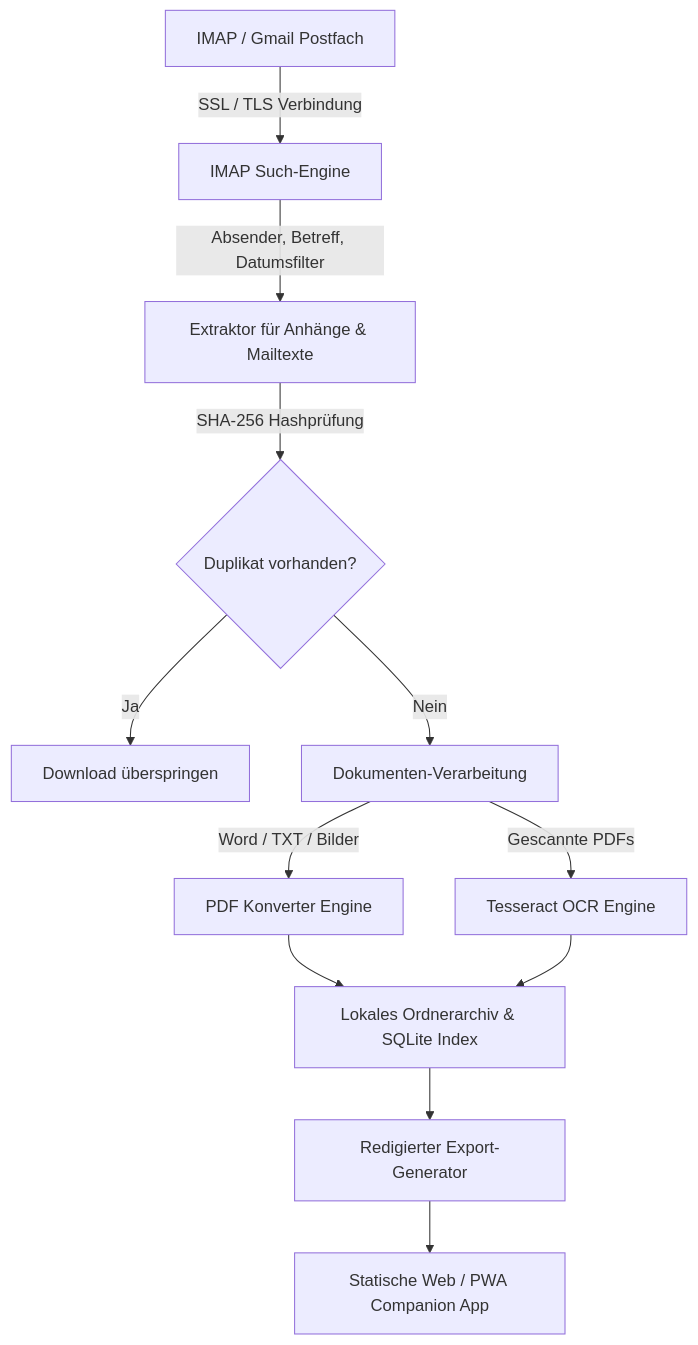
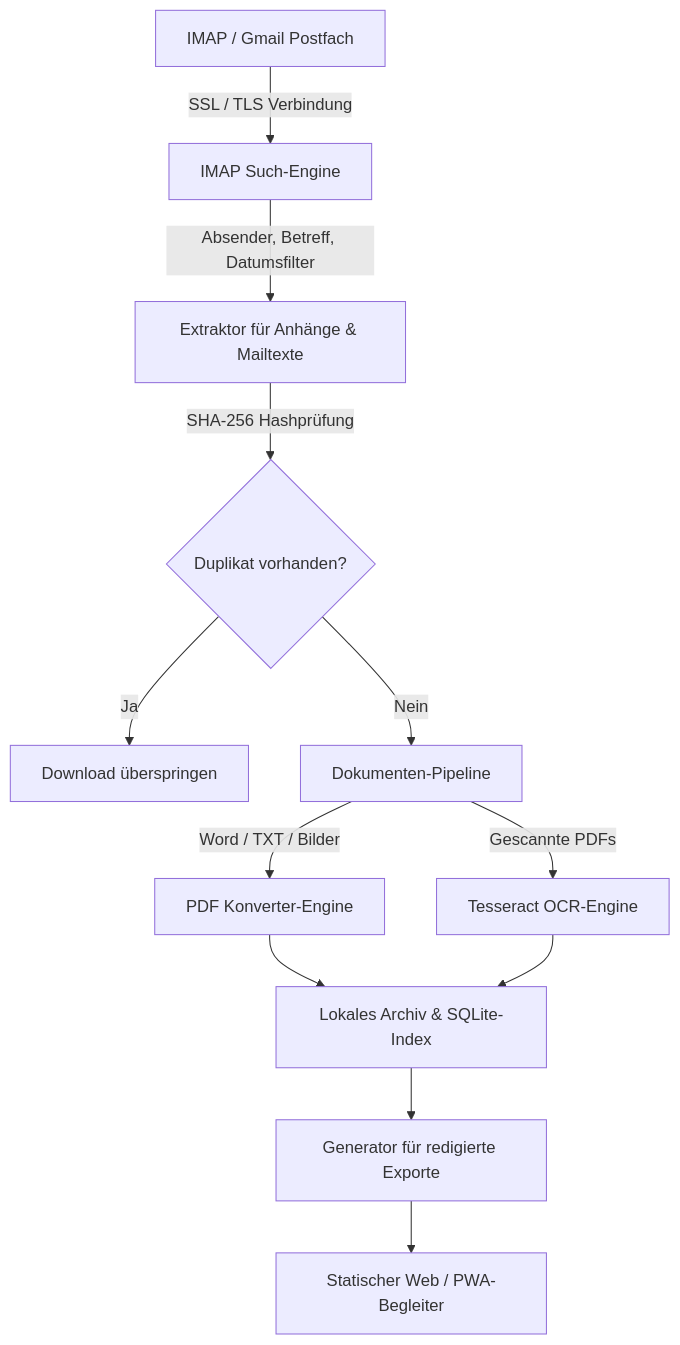
The first of 2 diagrams in README-DE.md (doc-bricks/UniversalDocsGrabber), drawn with Mermaid before and after one commit. The commit also changed other lines of this file and 8 other files, not shown here.

````diff
--- a/README-DE.md
+++ b/README-DE.md
@@ -95,14 +100,14 @@
 ```mermaid
 graph TD
     A["IMAP / Gmail Postfach"] -->|SSL / TLS Verbindung| B["IMAP Such-Engine"]
     B -->|Absender, Betreff, Datumsfilter| C["Extraktor für Anhänge & Mailtexte"]
     C -->|SHA-256 Hashprüfung| D{"Duplikat vorhanden?"}
     D -->|Ja| E["Download überspringen"]
-    D -->|Nein| F["Dokumenten-Verarbeitung"]
-    F -->|Word / TXT / Bilder| G["PDF Konverter Engine"]
-    F -->|Gescannte PDFs| H["Tesseract OCR Engine"]
-    G --> I["Lokales Ordnerarchiv & SQLite Index"]
+    D -->|Nein| F["Dokumenten-Pipeline"]
+    F -->|Word / TXT / Bilder| G["PDF Konverter-Engine"]
+    F -->|Gescannte PDFs| H["Tesseract OCR-Engine"]
+    G --> I["Lokales Archiv & SQLite-Index"]
     H --> I
-    I --> J["Redigierter Export-Generator"]
-    J --> K["Statische Web / PWA Companion App"]
+    I --> J["Generator für redigierte Exporte"]
+    J --> K["Statischer Web / PWA-Begleiter"]
 ```
````
